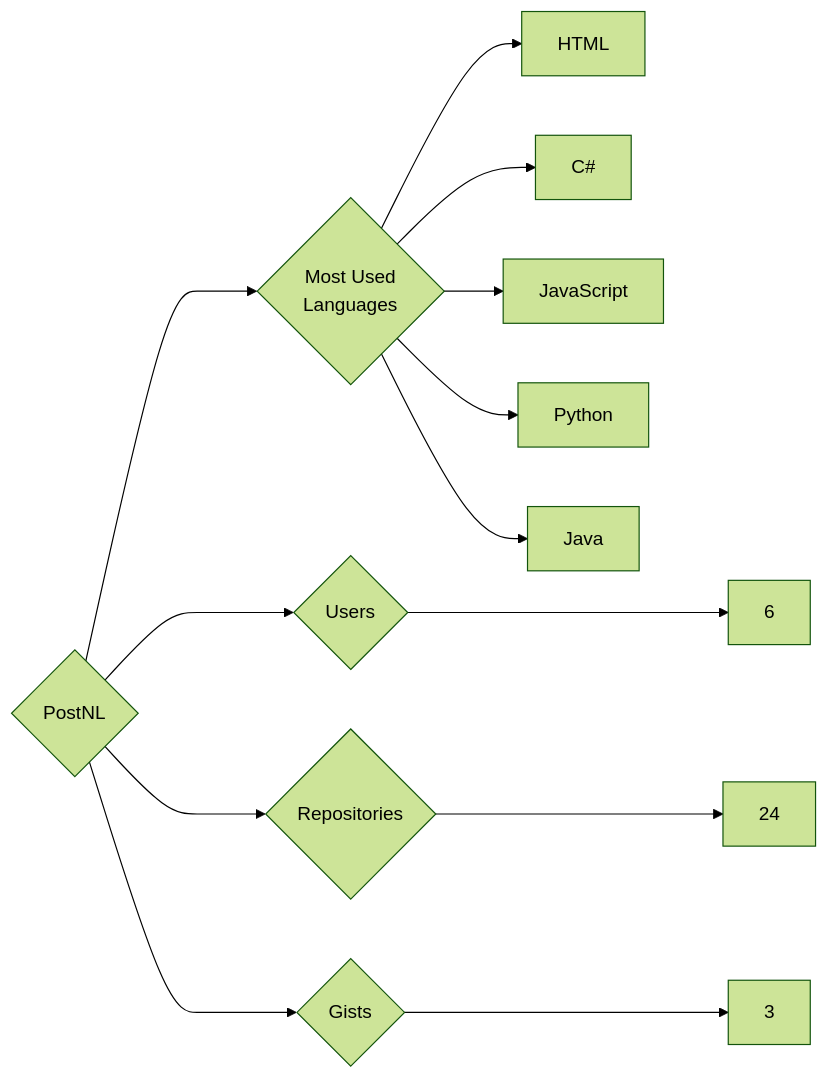
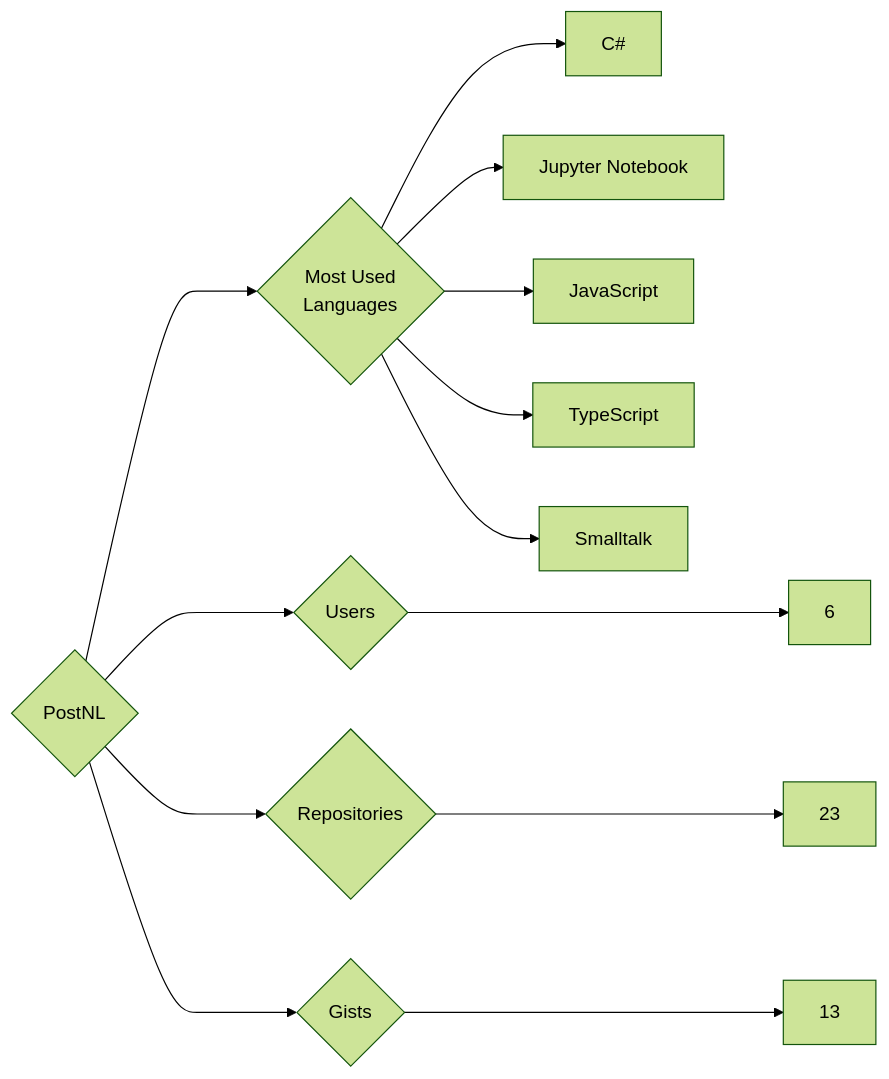
Before and after one commit to trickest/insiders: the diagram in targets/PostNL/README.md, drawn with Mermaid (forest theme). The commit also changed 912 other files, not shown here.

````diff
--- a/targets/PostNL/README.md
+++ b/targets/PostNL/README.md
@@ -3,13 +3,13 @@
 ```mermaid
 graph LR
 COMPANY_NAME{PostNL}
 COMPANY_NAME ---> U{Users} ---> UN[6]
-COMPANY_NAME ---> R{Repositories} ---> RN[24]
-COMPANY_NAME ---> G{Gists} ---> GN[3]
+COMPANY_NAME ---> R{Repositories} ---> RN[23]
+COMPANY_NAME ---> G{Gists} ---> GN[13]
 COMPANY_NAME ---> ML{Most Used<br>Languages}
-ML --> HTML[HTML]
 ML --> C#[C#]
+ML --> Jupyter_Notebook[Jupyter Notebook]
 ML --> JavaScript[JavaScript]
-ML --> Python[Python]
-ML --> Java[Java]
+ML --> TypeScript[TypeScript]
+ML --> Smalltalk[Smalltalk]
 ```
````
